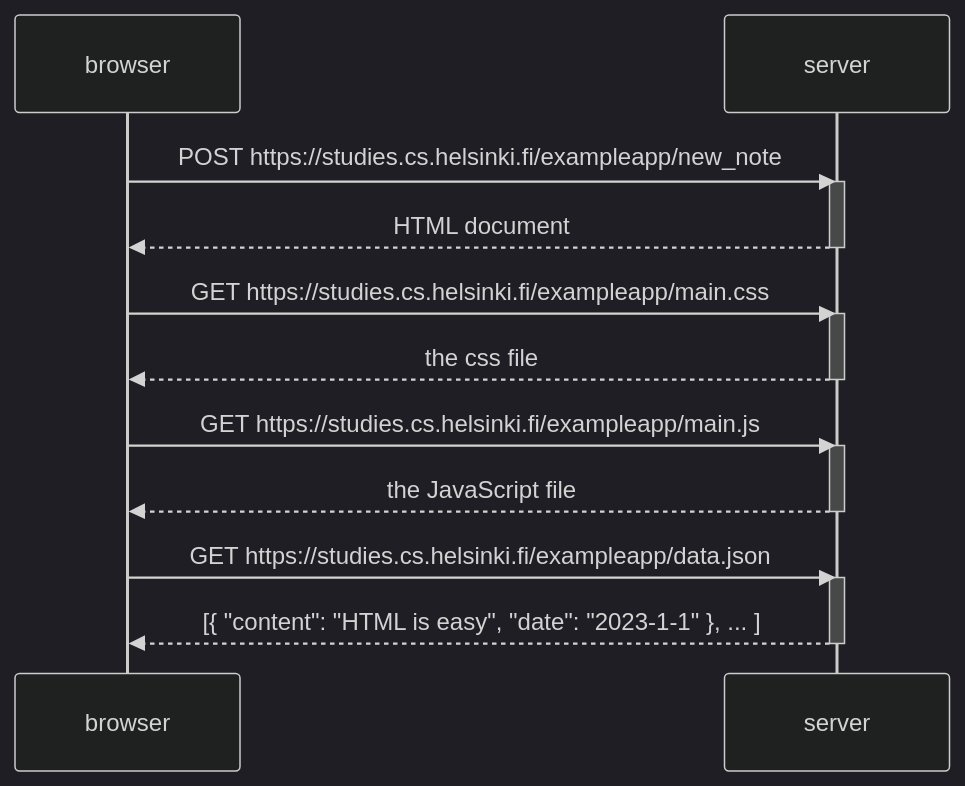
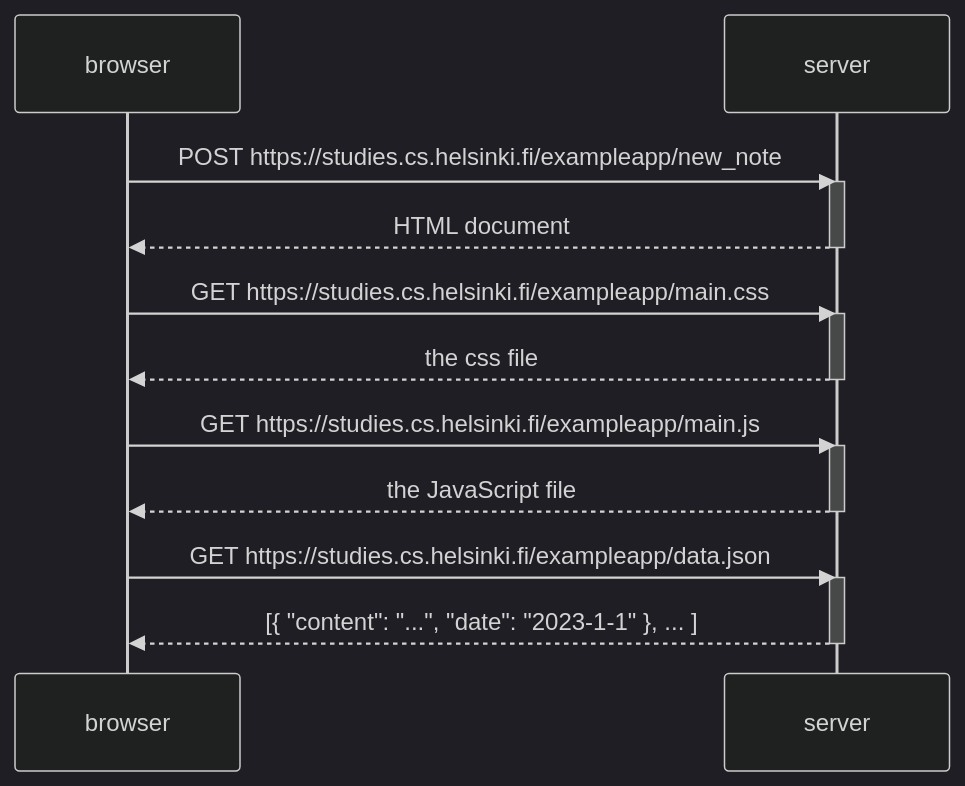
Before and after one commit to dwahroianmai/fullstackopen: the diagram in part0/new_note04.md, drawn with Mermaid (dark theme).

Commit message:
edit line 25

````diff
--- a/part0/new_note04.md
+++ b/part0/new_note04.md
@@ -3,26 +3,26 @@
 ```mermaid
 sequenceDiagram
     participant browser
     participant server
 
     browser->>server: POST https://studies.cs.helsinki.fi/exampleapp/new_note
     activate server
     server-->>browser: HTML document
     deactivate server
 
     browser->>server: GET https://studies.cs.helsinki.fi/exampleapp/main.css
     activate server
     server-->>browser: the css file
     deactivate server
 
     browser->>server: GET https://studies.cs.helsinki.fi/exampleapp/main.js
     activate server
     server-->>browser: the JavaScript file
     deactivate server
 
     browser->>server: GET https://studies.cs.helsinki.fi/exampleapp/data.json
     activate server
-    server-->>browser: [{ "content": "HTML is easy", "date": "2023-1-1" }, ... ]
+    server-->>browser: [{ "content": "...", "date": "2023-1-1" }, ... ]
     deactivate server
 
 ```
````
